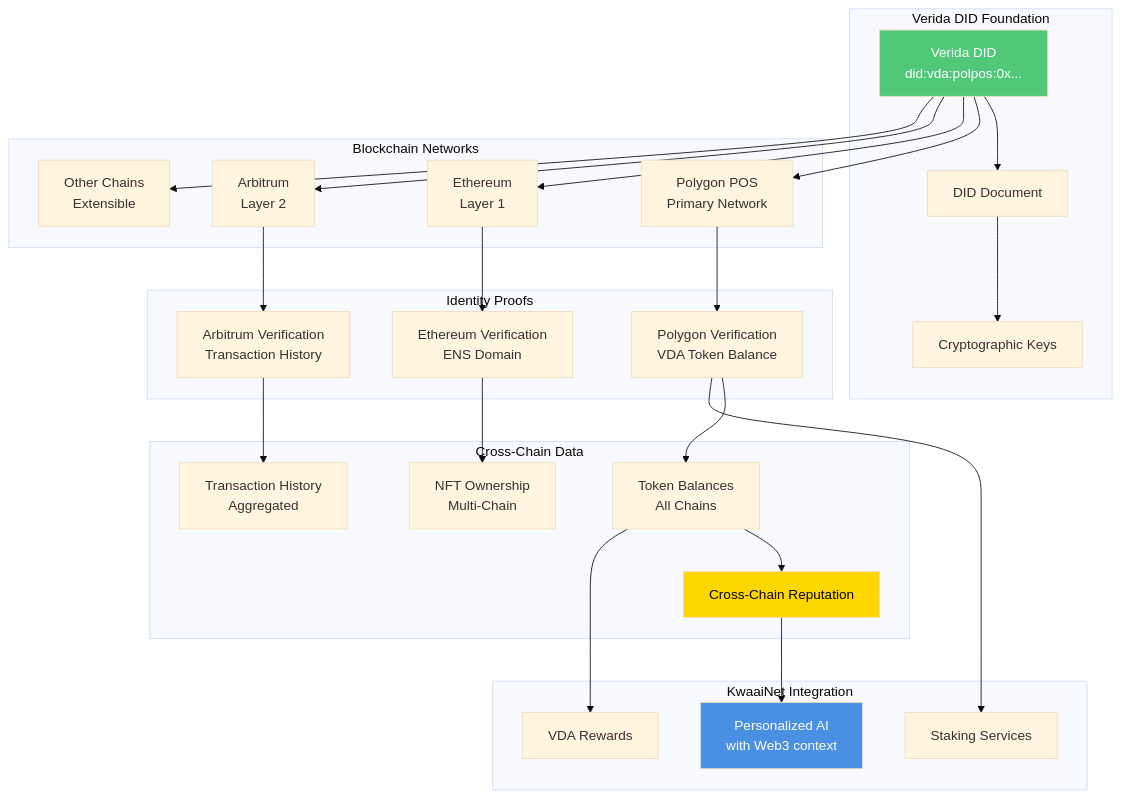
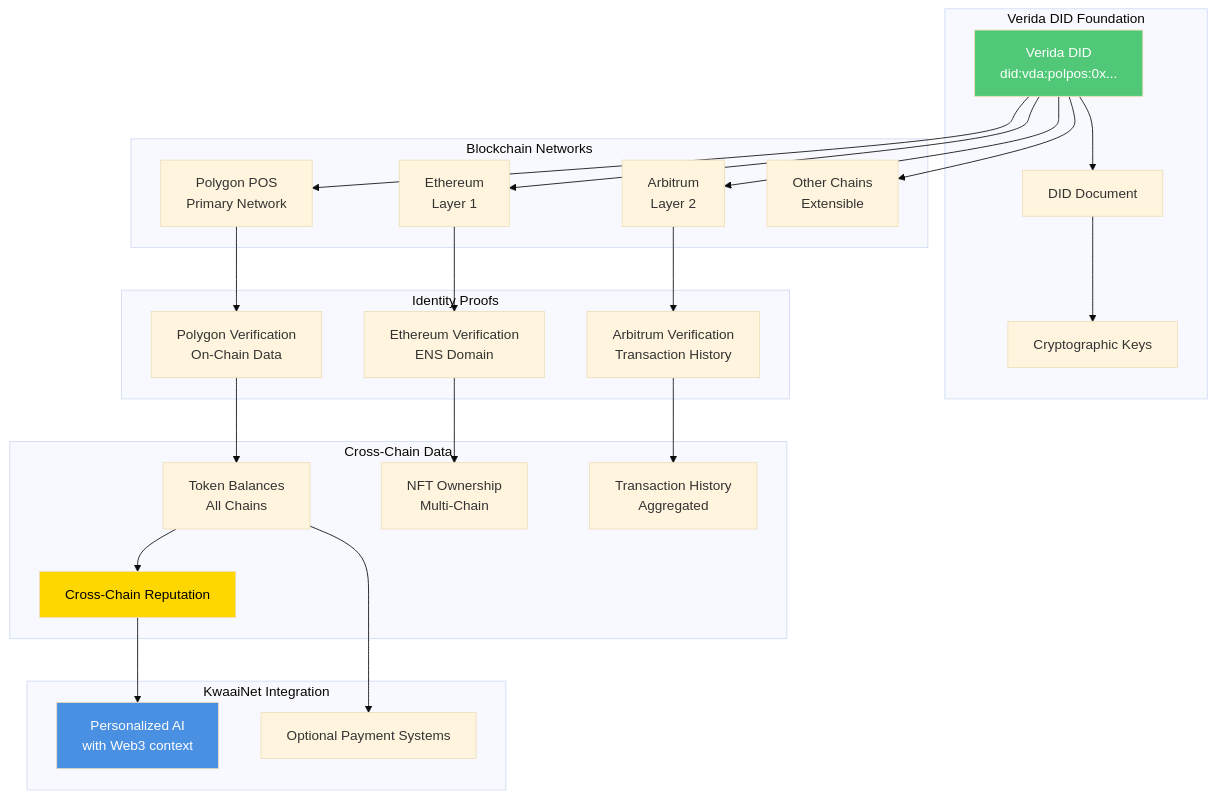
One commit to Kwaai-AI-Lab/KwaaiNet changed diagram 13 of 15 in docs/DATA_FLOWS.md. Above: the diagram before and after it, drawn with Mermaid (base theme). The commit also changed other lines of this file and 10 other files, not shown here.

````diff
--- a/docs/DATA_FLOWS.md
+++ b/docs/DATA_FLOWS.md
@@ -874,59 +667,57 @@
 ```mermaid
 graph TB
     subgraph "Verida DID Foundation"
         DID[Verida DID<br/>did:vda:polpos:0x...]
         DidDoc[DID Document]
         Keys[Cryptographic Keys]
     end
 
     subgraph "Blockchain Networks"
         Polygon[Polygon POS<br/>Primary Network]
         Ethereum[Ethereum<br/>Layer 1]
         Arbitrum[Arbitrum<br/>Layer 2]
         Other[Other Chains<br/>Extensible]
     end
 
     subgraph "Identity Proofs"
-        PolygonProof[Polygon Verification<br/>VDA Token Balance]
+        PolygonProof[Polygon Verification<br/>On-Chain Data]
         EthProof[Ethereum Verification<br/>ENS Domain]
         ArbProof[Arbitrum Verification<br/>Transaction History]
     end
 
     subgraph "Cross-Chain Data"
         TokenBalances[Token Balances<br/>All Chains]
         NFTs[NFT Ownership<br/>Multi-Chain]
         Transactions[Transaction History<br/>Aggregated]
         Reputation[Cross-Chain Reputation]
     end
 
     subgraph "KwaaiNet Integration"
         PersonalAI[Personalized AI<br/>with Web3 context]
-        VDARewards[VDA Rewards]
-        Staking[Staking Services]
+        OptionalPayments[Optional Payment Systems]
     end
 
     DID --> DidDoc
     DidDoc --> Keys
 
     DID --> Polygon
     DID --> Ethereum
     DID --> Arbitrum
     DID --> Other
 
     Polygon --> PolygonProof
     Ethereum --> EthProof
     Arbitrum --> ArbProof
 
     PolygonProof --> TokenBalances
     EthProof --> NFTs
     ArbProof --> Transactions
     TokenBalances --> Reputation
 
     Reputation --> PersonalAI
-    TokenBalances --> VDARewards
-    PolygonProof --> Staking
+    TokenBalances --> OptionalPayments
 
     style DID fill:#50C878,color:#fff
     style Reputation fill:#FFD700,color:#000
     style PersonalAI fill:#4A90E2,color:#fff
 ```
````
